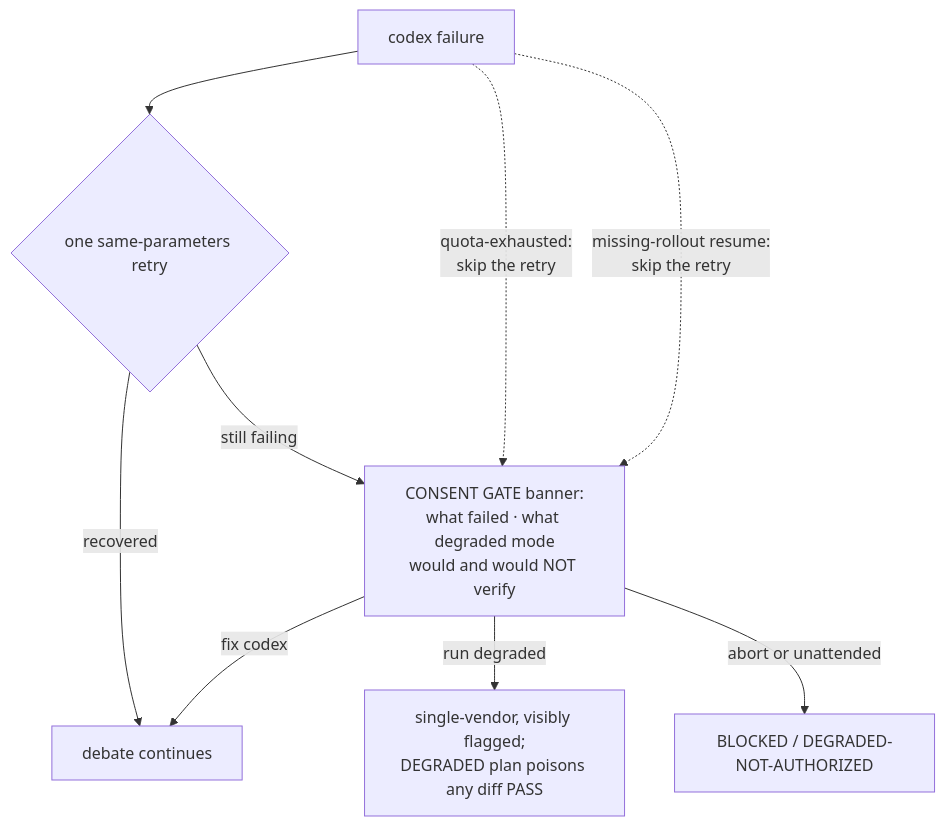
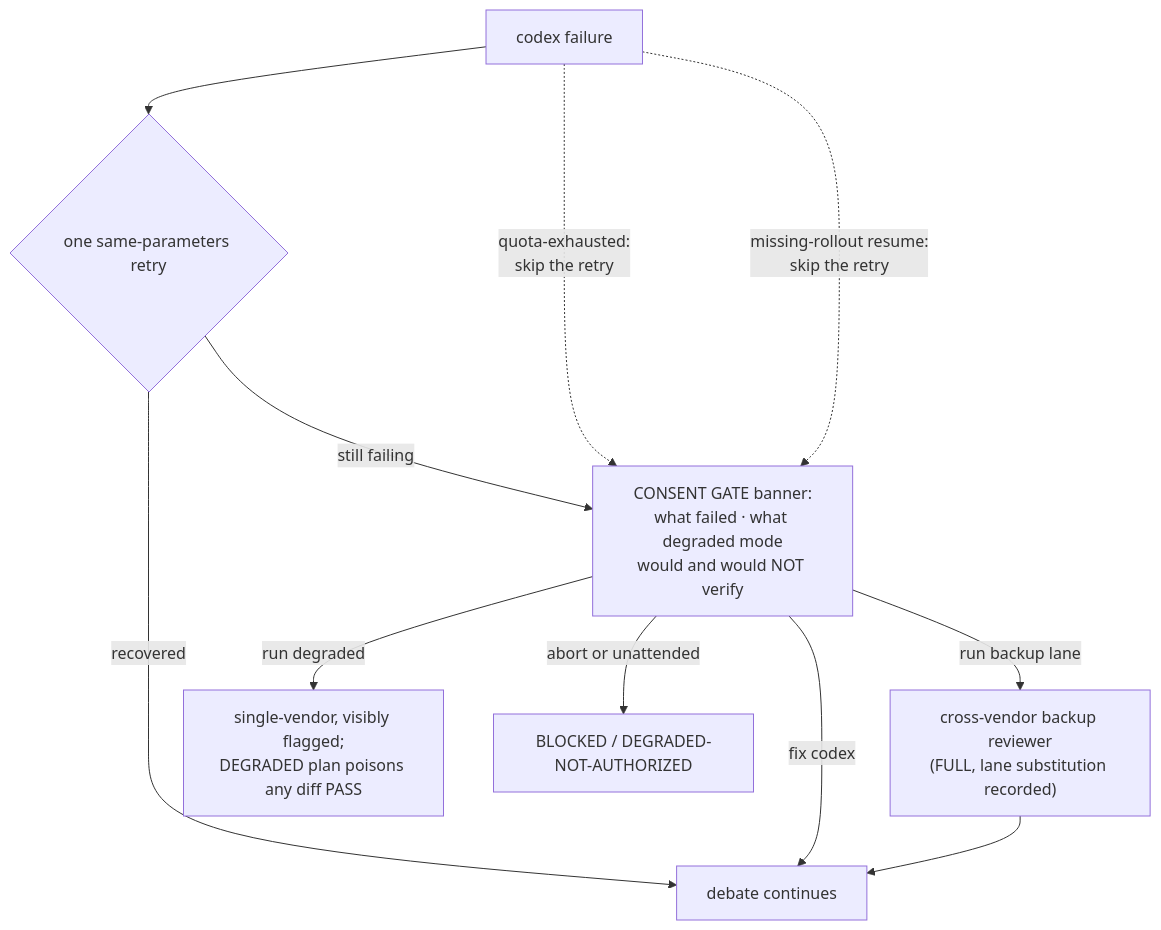
The second of 2 diagrams in README.md (Bmwascher/parallax), drawn with Mermaid before and after one commit. The commit also changed other lines of this file and 1 other file, not shown here.

Commit message:
0.13.0: route backup lane in skill overview, preflight, finish line, readme

````diff
--- a/README.md
+++ b/README.md
@@ -83,11 +84,12 @@
 ```mermaid
 flowchart TD
     X[codex failure] --> R{one same-parameters retry}
     R -->|recovered| OK[debate continues]
     R -->|still failing| G["CONSENT GATE banner:<br/>what failed · what degraded mode<br/>would and would NOT verify"]
     X -. "quota-exhausted:<br/>skip the retry" .-> G
     X -. "missing-rollout resume:<br/>skip the retry" .-> G
     G -->|fix codex| OK
+    G -->|run backup lane| BK["cross-vendor backup reviewer<br/>(FULL, lane substitution recorded)"] --> OK
     G -->|run degraded| D["single-vendor, visibly flagged;<br/>DEGRADED plan poisons any diff PASS"]
     G -->|abort or unattended| B2[BLOCKED / DEGRADED-NOT-AUTHORIZED]
 ```
````
